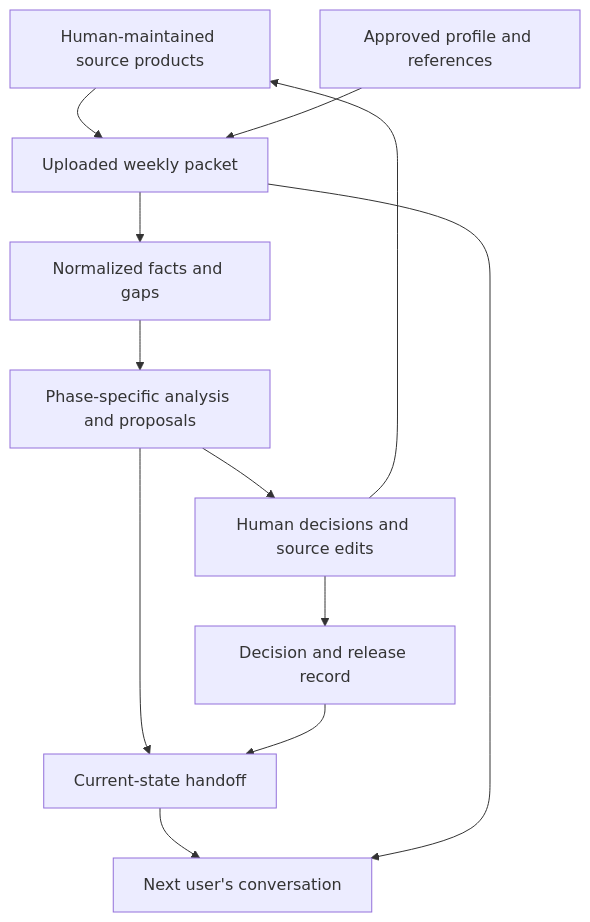
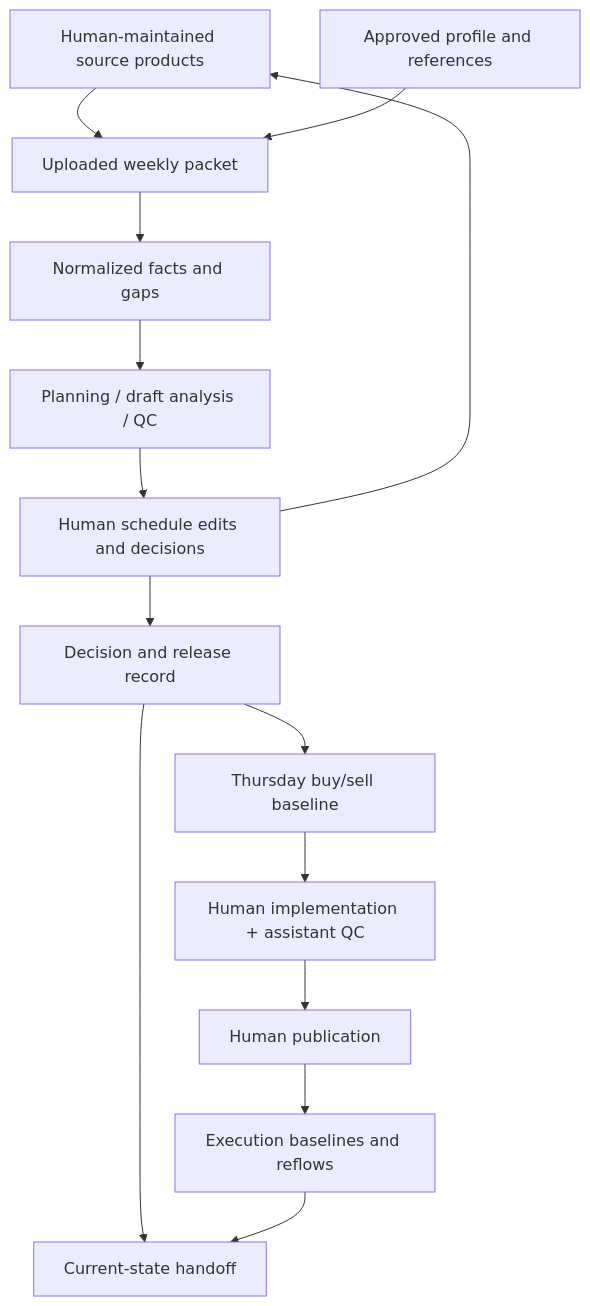
The diagram in ARCHITECTURE.md (joe-cole1/fs-scheduling-assistant), drawn with Mermaid before and after one commit. The commit also changed other lines of this file, not shown here.

Commit message:
Align architecture with buy-sell authority

````diff
--- a/ARCHITECTURE.md
+++ b/ARCHITECTURE.md
@@ -31,14 +63,16 @@
 ```mermaid
 flowchart TD
     A[Human-maintained source products] --> B[Uploaded weekly packet]
     C[Approved profile and references] --> B
     B --> D[Normalized facts and gaps]
-    D --> E[Phase-specific analysis and proposals]
-    E --> F[Human decisions and source edits]
+    D --> E[Planning / draft analysis / QC]
+    E --> F[Human schedule edits and decisions]
     F --> A
     F --> G[Decision and release record]
-    E --> H[Current-state handoff]
-    G --> H
-    H --> I[Next user's conversation]
-    B --> I
+    G --> H[Thursday buy/sell baseline]
+    H --> I[Human implementation + assistant QC]
+    I --> J[Human publication]
+    J --> K[Execution baselines and reflows]
+    G --> L[Current-state handoff]
+    K --> L
 ```
````
